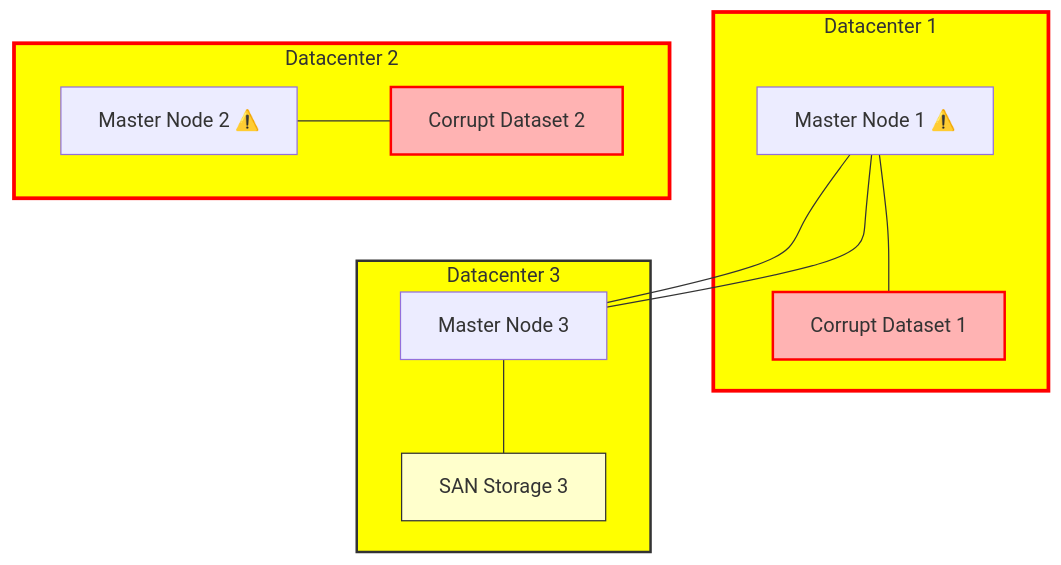
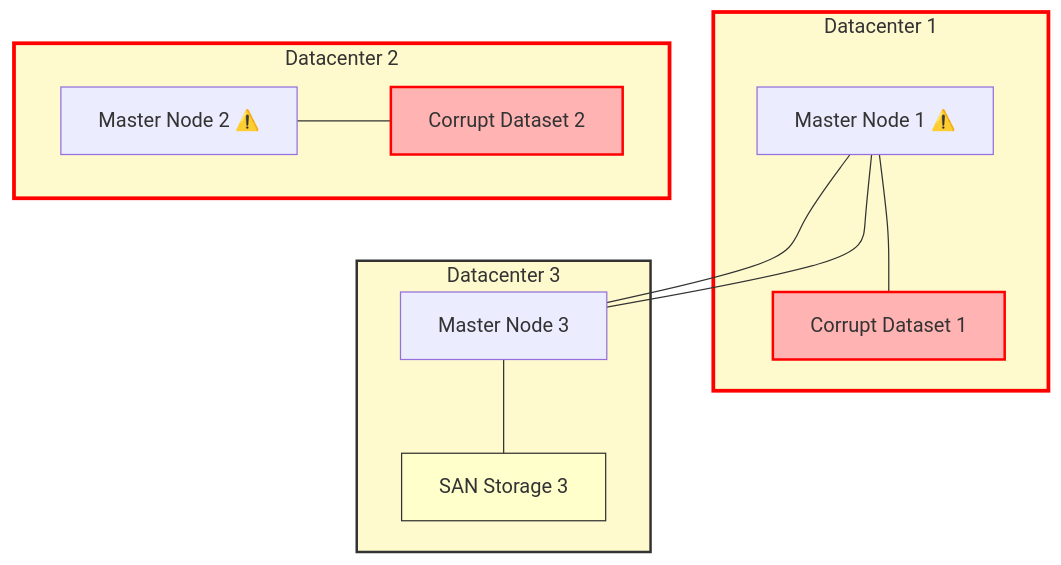
Before and after one commit to zokahn/stretchy: the fourth of 5 diagrams in README.md, drawn with Mermaid.

````diff
--- a/README.md
+++ b/README.md
@@ -159,34 +159,34 @@
 ```mermaid
 graph TD
     subgraph DC1["Datacenter 1"]
         A[Master Node 1 ⚠️]
         SAN1[Corrupt Dataset 1]
     end
 
     subgraph DC2["Datacenter 2"]
         B[Master Node 2 ⚠️]
         SAN2[Corrupt Dataset 2]
     end
 
     subgraph DC3["Datacenter 3"]
         C[Master Node 3]
         SAN3[SAN Storage 3]
     end
 
     %% Network connections
     A --- C
     C --- A
 
     %% Storage connections
     A --- SAN1
     B --- SAN2
     C --- SAN3
 
     %% Styling
-    style DC1 fill:#FFFF00,stroke:#f00,stroke-width:3px
-    style DC2 fill:#FFFF00,stroke:#f00,stroke-width:3px
-    style DC3 fill:#FFFF00,stroke:#333,stroke-width:2px
+    style DC1 fill:#FFFACD,stroke:#f00,stroke-width:3px
+    style DC2 fill:#FFFACD,stroke:#f00,stroke-width:3px
+    style DC3 fill:#FFFACD,stroke:#333,stroke-width:2px
     style SAN1 fill:#FFB3B3,stroke:#f00,stroke-width:2px
     style SAN2 fill:#FFB3B3,stroke:#f00,stroke-width:2px
     style SAN3 fill:#FFFFCC,stroke:#333,stroke-width:1px
 ```
````
